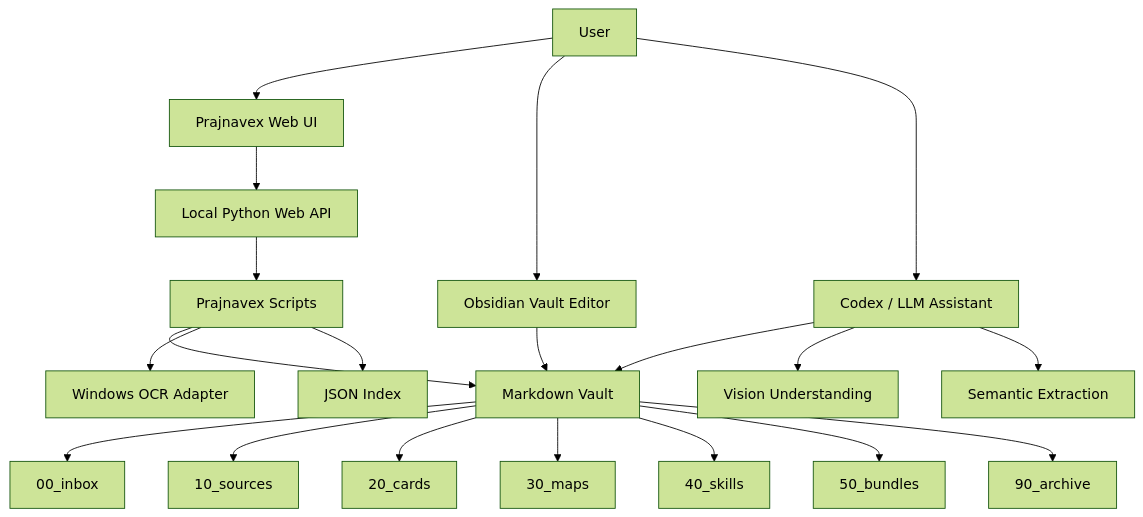
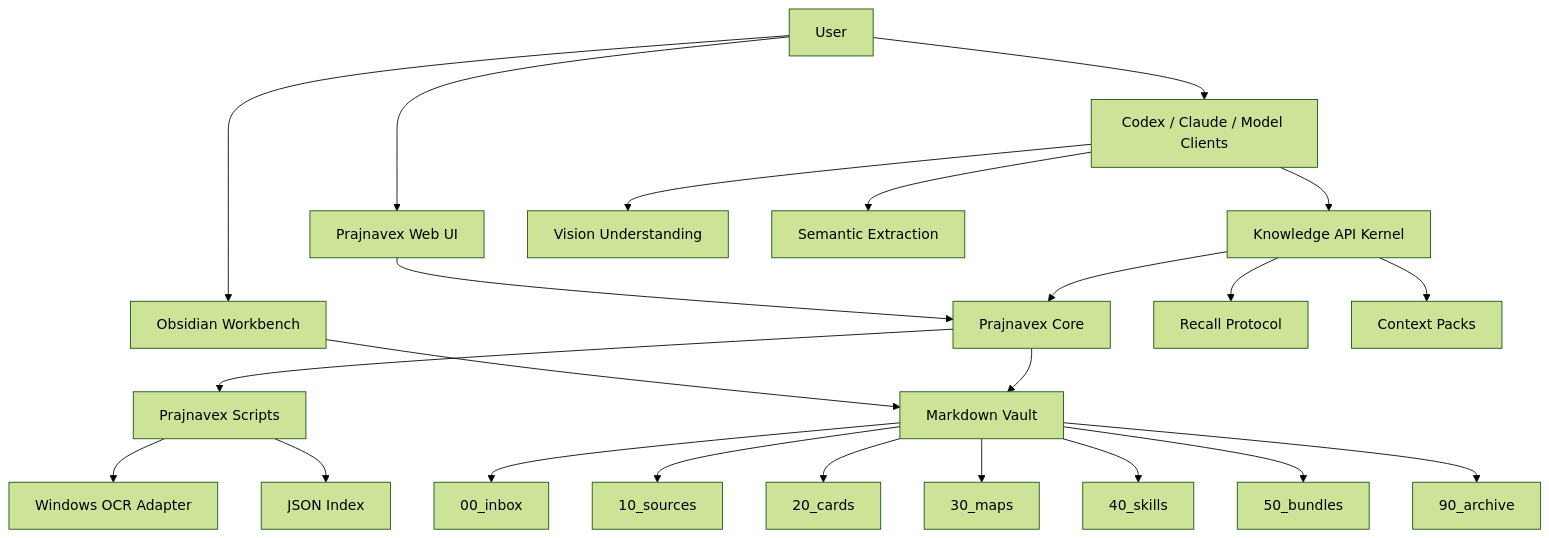
The first of 4 diagrams in docs/architecture-overview.md (st-simon/Prajnavex), drawn with Mermaid (forest theme) before and after one commit. The commit also changed other lines of this file and 4 other files, not shown here.

Commit message:
Record Prajnavex API kernel roadmap

````diff
--- a/docs/architecture-overview.md
+++ b/docs/architecture-overview.md
@@ -11,25 +11,28 @@
 ```mermaid
 flowchart TD
     User["User"] --> UI["Prajnavex Web UI"]
-    User --> Obsidian["Obsidian Vault Editor"]
-    User --> Codex["Codex / LLM Assistant"]
+    User --> Obsidian["Obsidian Workbench"]
+    User --> Models["Codex / Claude / Model Clients"]
 
-    UI --> API["Local Python Web API"]
-    API --> Scripts["Prajnavex Scripts"]
-    Scripts --> Vault["Markdown Vault"]
-    Obsidian --> Vault
-    Codex --> Vault
+    UI --> Core["Prajnavex Core"]
+    Obsidian --> Vault["Markdown Vault"]
+    Models --> API["Knowledge API Kernel"]
+    API --> Core
+    Core --> Scripts["Prajnavex Scripts"]
+    Core --> Vault
 
     Vault --> Inbox["00_inbox"]
     Vault --> Sources["10_sources"]
     Vault --> Cards["20_cards"]
     Vault --> Maps["30_maps"]
     Vault --> Skills["40_skills"]
     Vault --> Bundles["50_bundles"]
     Vault --> Archive["90_archive"]
 
     Scripts --> OCR["Windows OCR Adapter"]
     Scripts --> Index["JSON Index"]
-    Codex --> Vision["Vision Understanding"]
-    Codex --> Extraction["Semantic Extraction"]
+    API --> Recall["Recall Protocol"]
+    API --> Packs["Context Packs"]
+    Models --> Vision["Vision Understanding"]
+    Models --> Extraction["Semantic Extraction"]
 ```
````
